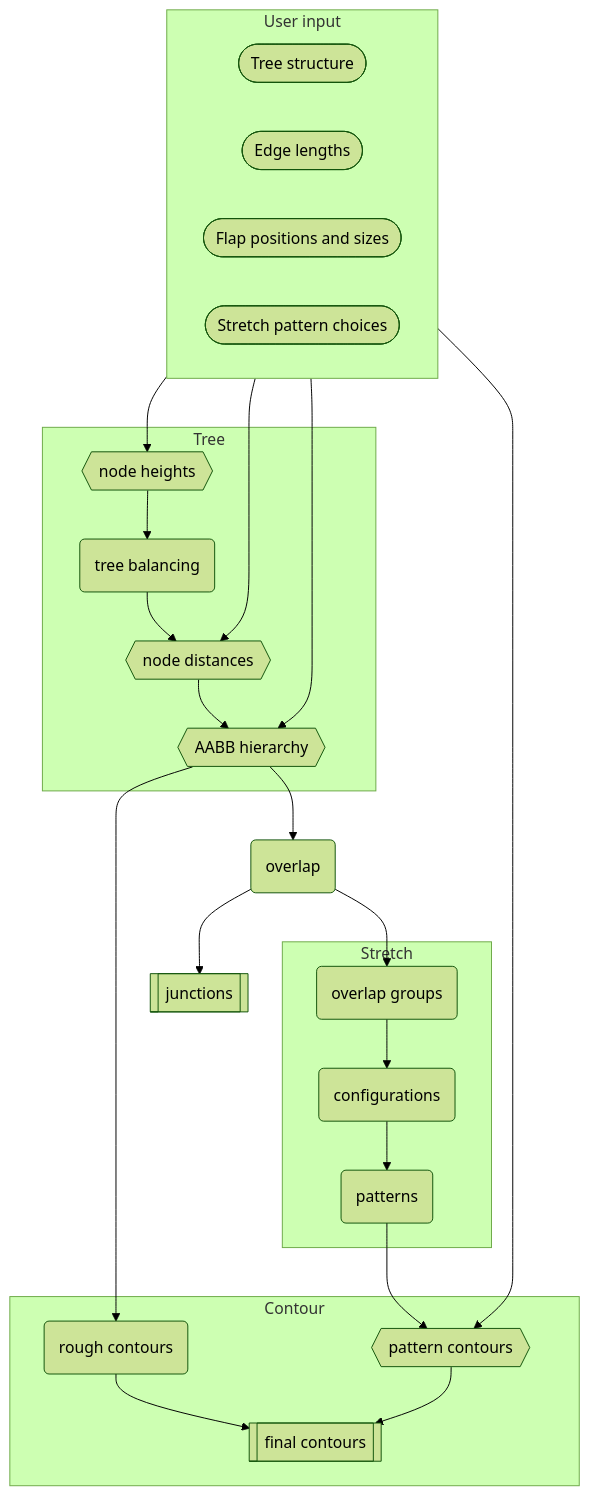
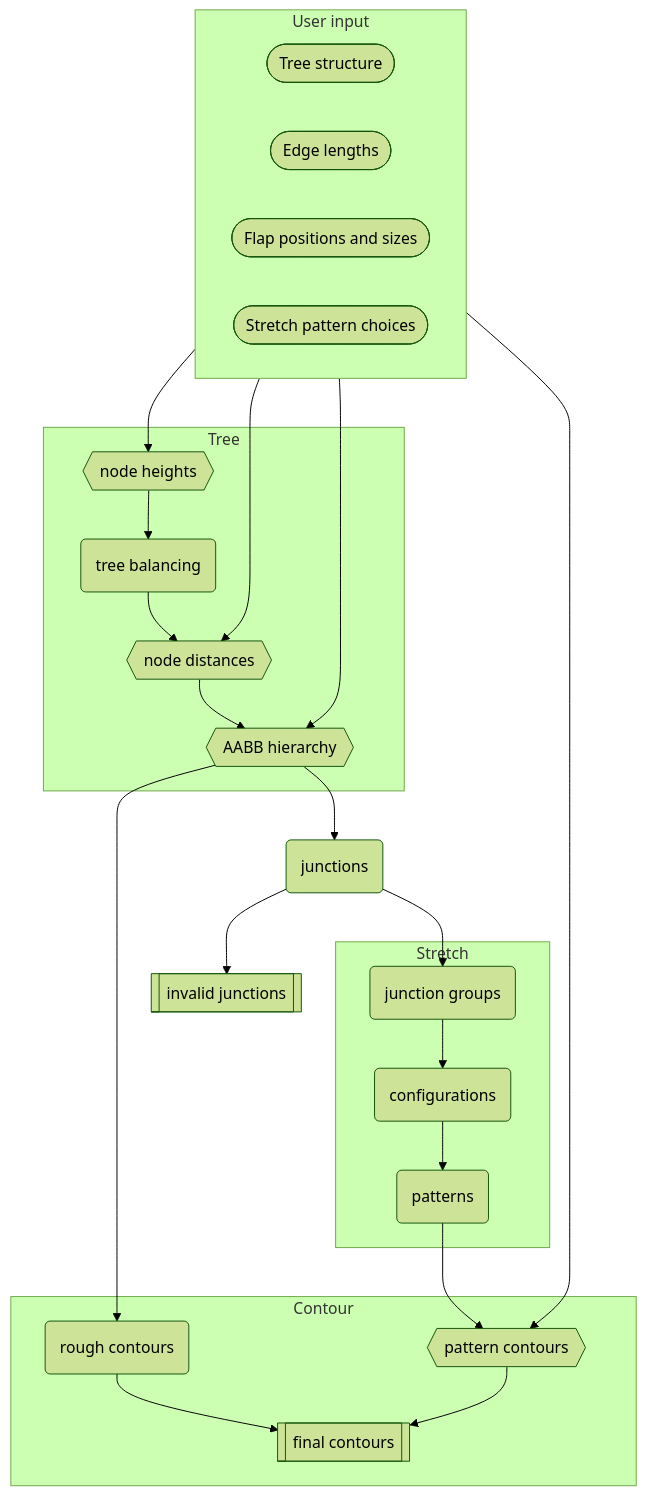
The diagram in src/core/README.md (bp-studio/box-pleating-studio), drawn with Mermaid (forest theme) before and after one commit. The commit also changed 21 other files, not shown here.

````diff
--- a/src/core/README.md
+++ b/src/core/README.md
@@ -16,35 +16,35 @@
 ```mermaid
 flowchart TB
 subgraph User input
 	direction LR
 	T([Tree structure])
 	L([Edge lengths])
 	F([Flap positions and sizes])
 	P([Stretch pattern choices])
 end
 subgraph Tree
 	h{{node heights}}
 	b(tree balancing)
 	d{{node distances}}
 	a{{AABB hierarchy}}
 end
-o(overlap)
-j[[junctions]]
+j(junctions)
+i[[invalid junctions]]
 subgraph Stretch
-	g(overlap groups)
+	g(junction groups)
 	c(configurations)
 	p(patterns)
 end
 subgraph Contour
 	rc(rough contours)
 	pc{{pattern contours}}
 	fc[[final contours]]
 end
 
 T --> h --> b
 b & L --> d
 d & F --> a --> rc --> fc
-a --> o --> j & g
+a --> j --> i & g
 g --> c --> p
 p & P --> pc --> fc
 ```
````
